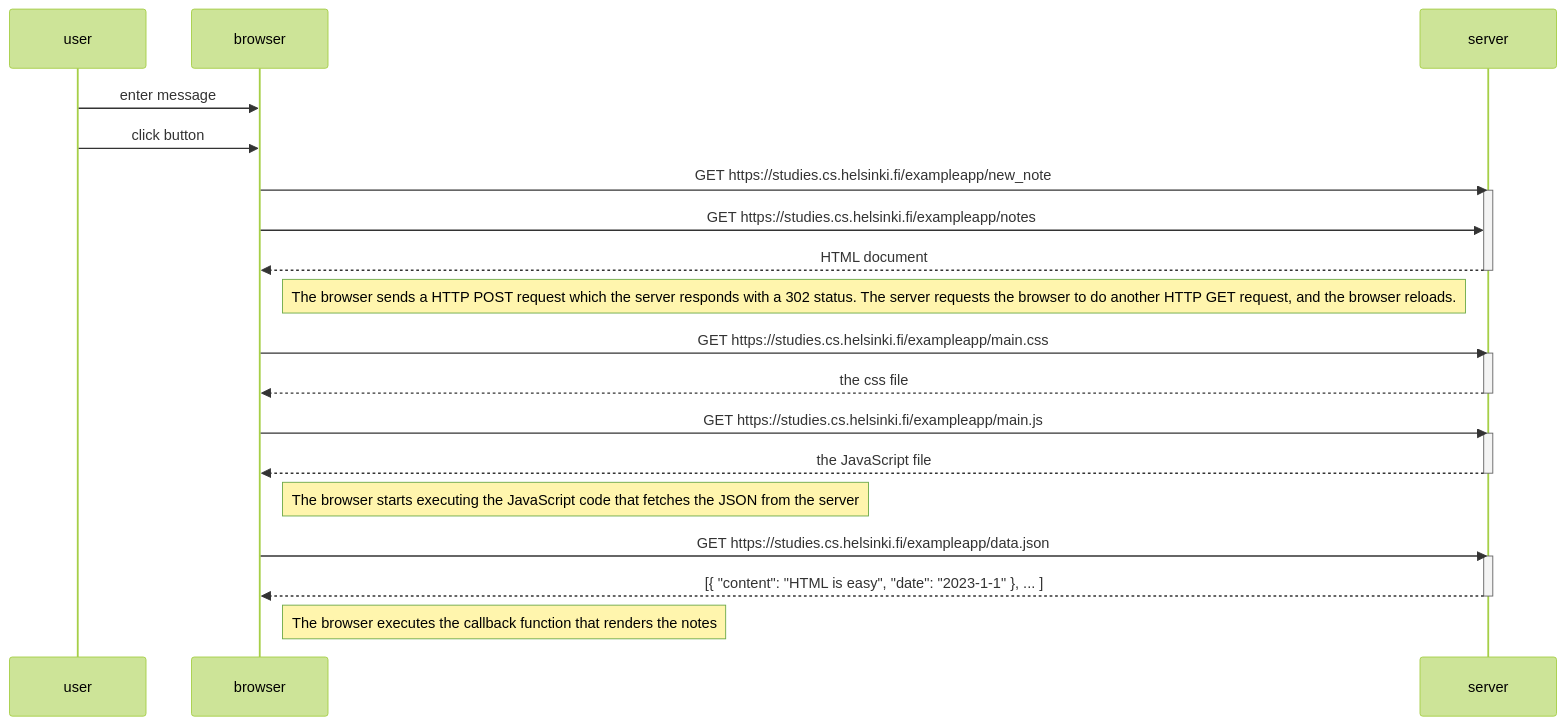
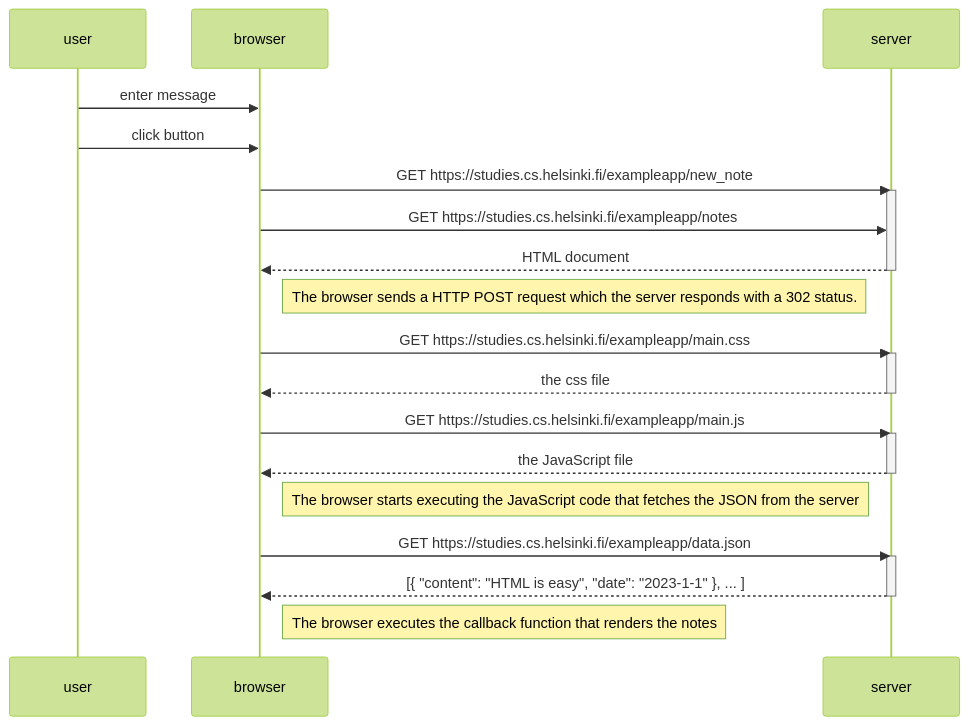
Before and after one commit to tam-nguyen-3/fullstackopen-2023: the diagram in part0/exercise4.md, drawn with Mermaid (forest theme).

````diff
--- a/part0/exercise4.md
+++ b/part0/exercise4.md
@@ -1,35 +1,35 @@
 ```mermaid
 sequenceDiagram
     participant user
     participant browser
     participant server
     
     user->>browser: enter message
     user->>browser: click button
     browser->>server: GET https://studies.cs.helsinki.fi/exampleapp/new_note
     activate server
     browser->>server: GET https://studies.cs.helsinki.fi/exampleapp/notes
     server-->>browser: HTML document
     deactivate server
 
-    Note right of browser: The browser sends a HTTP POST request which the server responds with a 302 status. The server requests the browser to do another HTTP GET request, and the browser reloads.
+    Note right of browser: The browser sends a HTTP POST request which the server responds with a 302 status.
     
     browser->>server: GET https://studies.cs.helsinki.fi/exampleapp/main.css
     activate server
     server-->>browser: the css file
     deactivate server
 
     browser->>server: GET https://studies.cs.helsinki.fi/exampleapp/main.js
     activate server
     server-->>browser: the JavaScript file
     deactivate server
 
     Note right of browser: The browser starts executing the JavaScript code that fetches the JSON from the server
 
     browser->>server: GET https://studies.cs.helsinki.fi/exampleapp/data.json
     activate server
     server-->>browser: [{ "content": "HTML is easy", "date": "2023-1-1" }, ... ]
     deactivate server
 
     Note right of browser: The browser executes the callback function that renders the notes
 ```
````
